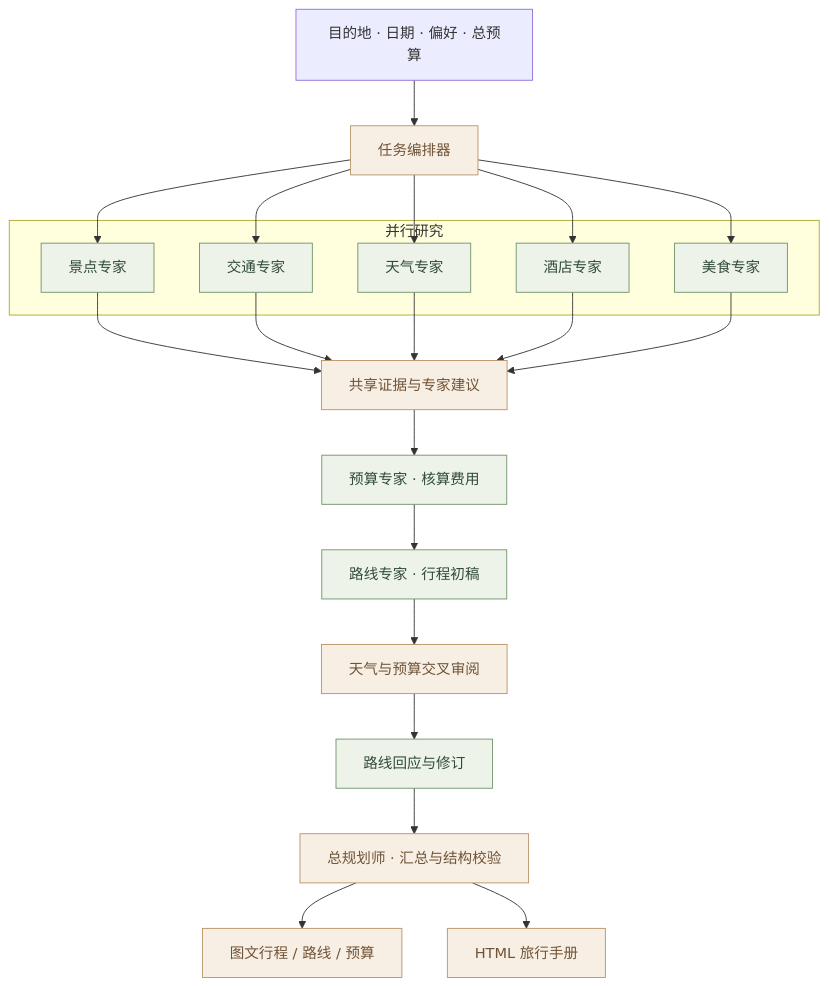
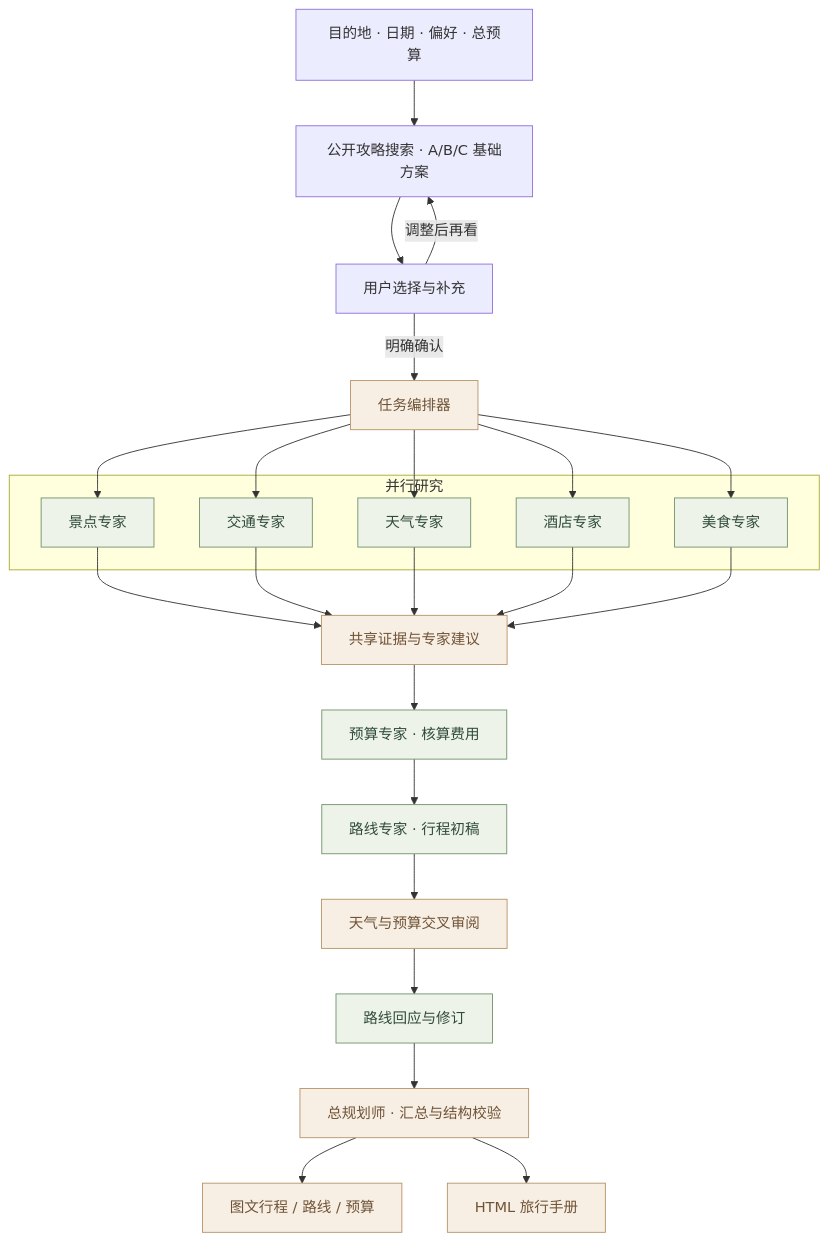
Before and after one commit to XiaoyeCodes/roam-travel-agent: the diagram in README.md, drawn with Mermaid. The commit also changed other lines of this file and 88 other files, not shown here.

````diff
--- a/README.md
+++ b/README.md
@@ -123,24 +133,27 @@
 ```mermaid
 flowchart TD
-    U["目的地 · 日期 · 偏好 · 总预算"] --> O["任务编排器"]
+    U["目的地 · 日期 · 偏好 · 总预算"] --> S["公开攻略搜索 · A/B/C 基础方案"]
+    S --> C["用户选择与补充"]
+    C -->|调整后再看| S
+    C -->|明确确认| O["任务编排器"]
     subgraph Research["并行研究"]
         A["景点专家"]
         T["交通专家"]
         W["天气专家"]
         H["酒店专家"]
         F["美食专家"]
     end
     O --> A & T & W & H & F
     A & T & W & H & F --> E["共享证据与专家建议"]
     E --> B["预算专家 · 核算费用"]
     B --> R["路线专家 · 行程初稿"]
     R --> Q["天气与预算交叉审阅"]
     Q --> R2["路线回应与修订"]
     R2 --> P["总规划师 · 汇总与结构校验"]
     P --> WEB["图文行程 / 路线 / 预算"]
     P --> HTML["HTML 旅行手册"]
     classDef green fill:#edf3e9,stroke:#72936c,color:#314b3a
     classDef gold fill:#f7efe4,stroke:#b99468,color:#705337
     class A,T,W,H,F,B,R,R2 green
     class O,E,Q,P,WEB,HTML gold
 ```
````
